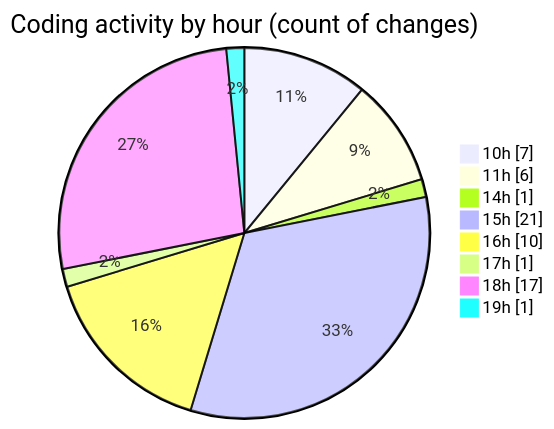
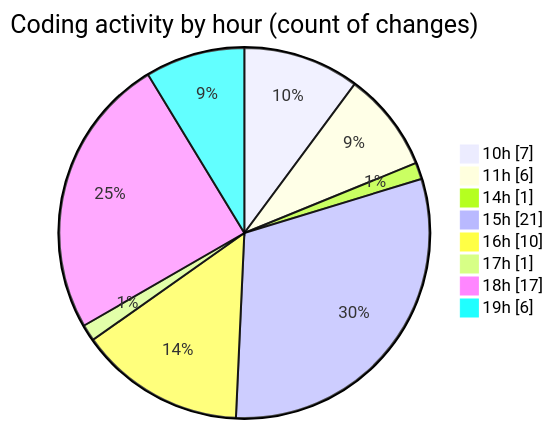
Before and after one commit to nxtqubesakshisongat/code-tracking: the second of 2 diagrams in 2025-11-18/nxtqube_webapp/README.md, drawn with Mermaid. The commit also changed other lines of this file and 1 other file, not shown here.

````diff
--- a/2025-11-18/nxtqube_webapp/README.md
+++ b/2025-11-18/nxtqube_webapp/README.md
@@ -36,12 +36,12 @@
 ```mermaid
 pie showData
 title Coding activity by hour (count of changes)
 "10h" : 7
 "11h" : 6
 "14h" : 1
 "15h" : 21
 "16h" : 10
 "17h" : 1
 "18h" : 17
-"19h" : 1
+"19h" : 6
 ```
````
